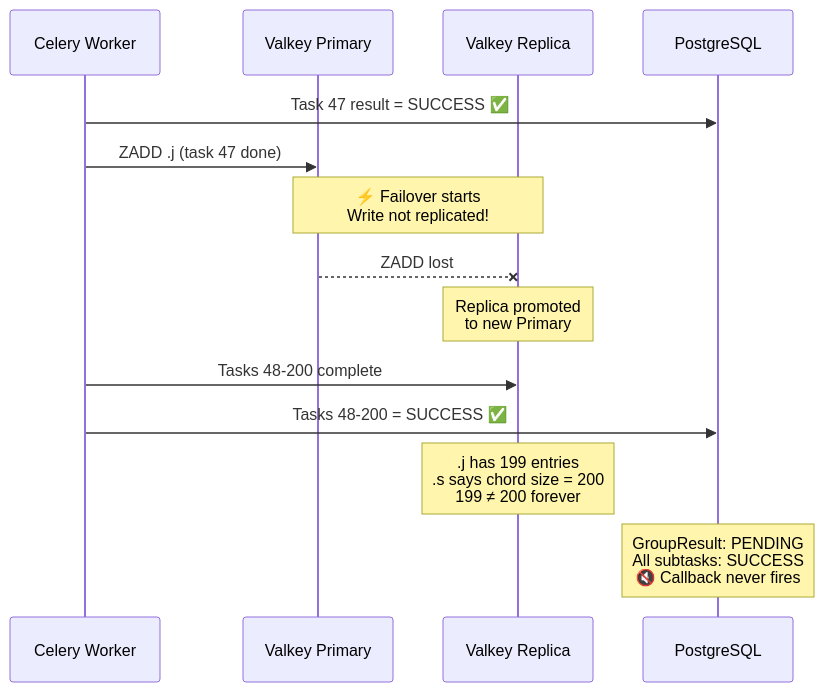
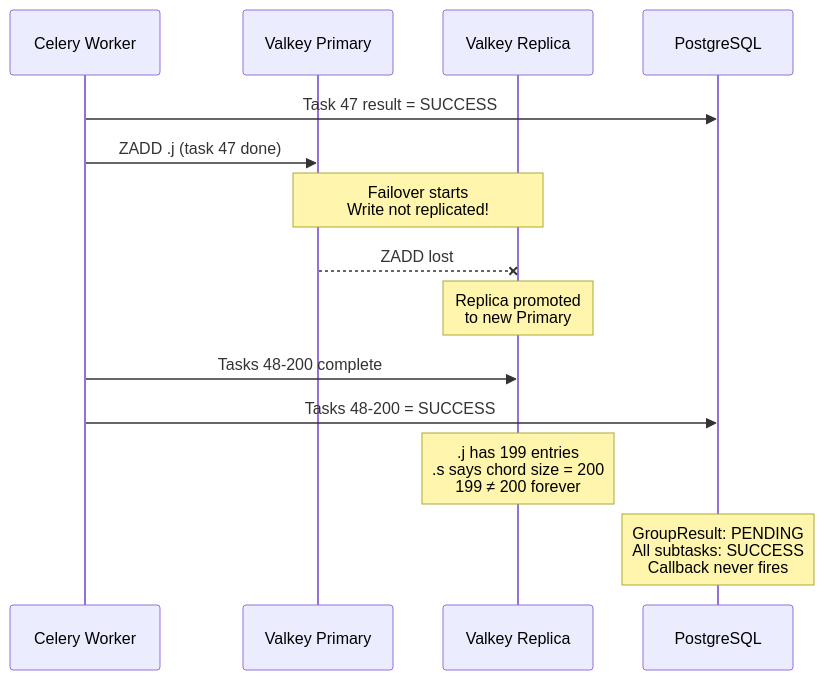
The second of 3 diagrams in src/content/blog/live-valkey-patching-celery-chords.mdx (dawid-manikowski/lazydev.sh), drawn with Mermaid before and after one commit. The commit also changed other lines of this file, not shown here.

````diff
--- a/src/content/blog/live-valkey-patching-celery-chords.mdx
+++ b/src/content/blog/live-valkey-patching-celery-chords.mdx
@@ -84,19 +80,19 @@
 ```mermaid
 sequenceDiagram
     participant W as Celery Worker
     participant P as Valkey Primary
     participant R as Valkey Replica
     participant DB as PostgreSQL
 
-    W->>DB: Task 47 result = SUCCESS ✅
+    W->>DB: Task 47 result = SUCCESS
     W->>P: ZADD .j (task 47 done)
-    Note over P,R: ⚡ Failover starts<br/>Write not replicated!
+    Note over P,R: Failover starts<br/>Write not replicated!
     P--xR: ZADD lost
     Note over R: Replica promoted<br/>to new Primary
     W->>R: Tasks 48-200 complete
-    W->>DB: Tasks 48-200 = SUCCESS ✅
+    W->>DB: Tasks 48-200 = SUCCESS
 
     Note over R: .j has 199 entries<br/>.s says chord size = 200<br/>199 ≠ 200 forever
 
-    Note over DB: GroupResult: PENDING<br/>All subtasks: SUCCESS<br/>🔇 Callback never fires
+    Note over DB: GroupResult: PENDING<br/>All subtasks: SUCCESS<br/> Callback never fires
 ```
````
